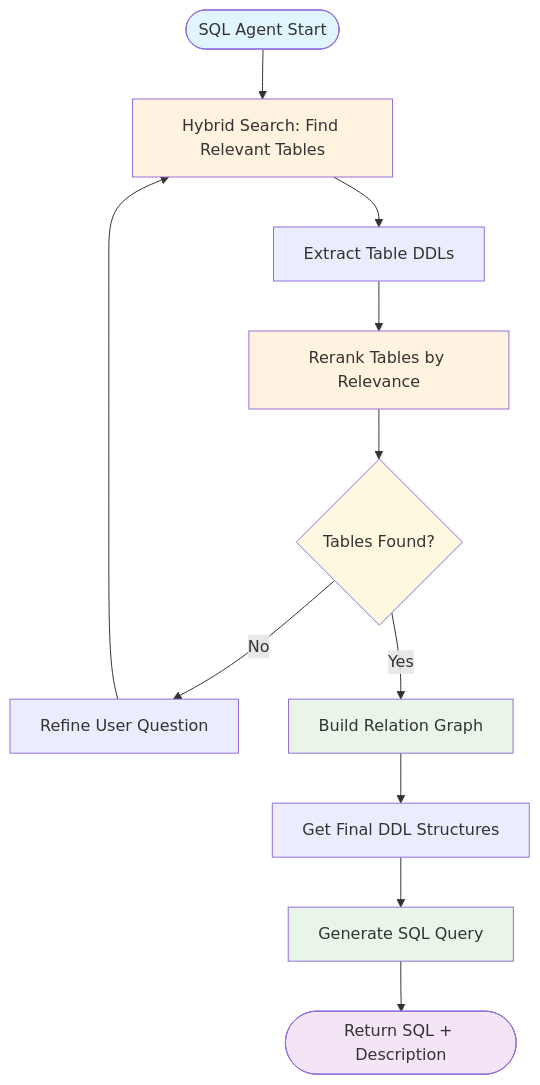
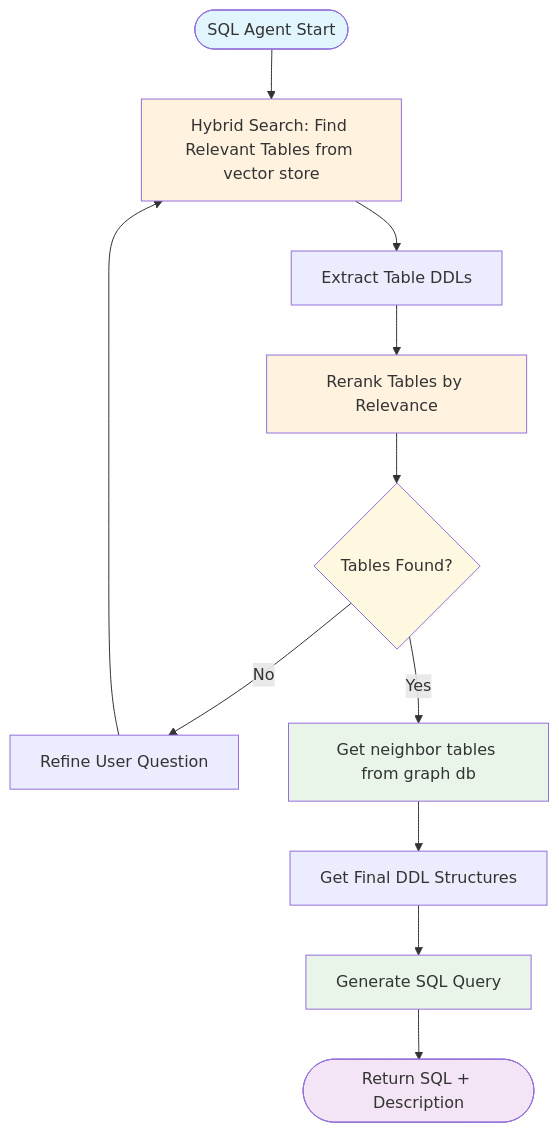
Before and after one commit to hbotond1999/Datafyme: the fourth of 5 diagrams in README.md, drawn with Mermaid.

````diff
--- a/README.md
+++ b/README.md
@@ -174,26 +174,26 @@
 ```mermaid
 flowchart TD
-    SQLStart([SQL Agent Start]) --> HybridSearch[Hybrid Search: Find Relevant Tables]
+    SQLStart([SQL Agent Start]) --> HybridSearch[Hybrid Search: Find Relevant Tables from vector store]
     
     HybridSearch --> GetDDLs[Extract Table DDLs]
     GetDDLs --> Reranker[Rerank Tables by Relevance]
     
     Reranker --> CheckTables{Tables Found?}
     CheckTables -->|No| RefineQuestion[Refine User Question]
-    CheckTables -->|Yes| RelationGraph[Build Relation Graph]
+    CheckTables -->|Yes| RelationGraph[Get neighbor tables from graph db]
     
     RefineQuestion --> HybridSearch
     
     RelationGraph --> GetFinalDDLs[Get Final DDL Structures]
     GetFinalDDLs --> CreateQuery[Generate SQL Query]
     
     CreateQuery --> SQLEnd([Return SQL + Description])
     
     style SQLStart fill:#e1f5fe
     style SQLEnd fill:#f3e5f5
     style HybridSearch fill:#fff3e0
     style Reranker fill:#fff3e0
     style CheckTables fill:#fff8e1
     style RelationGraph fill:#e8f5e8
     style CreateQuery fill:#e8f5e8
 ```
````
